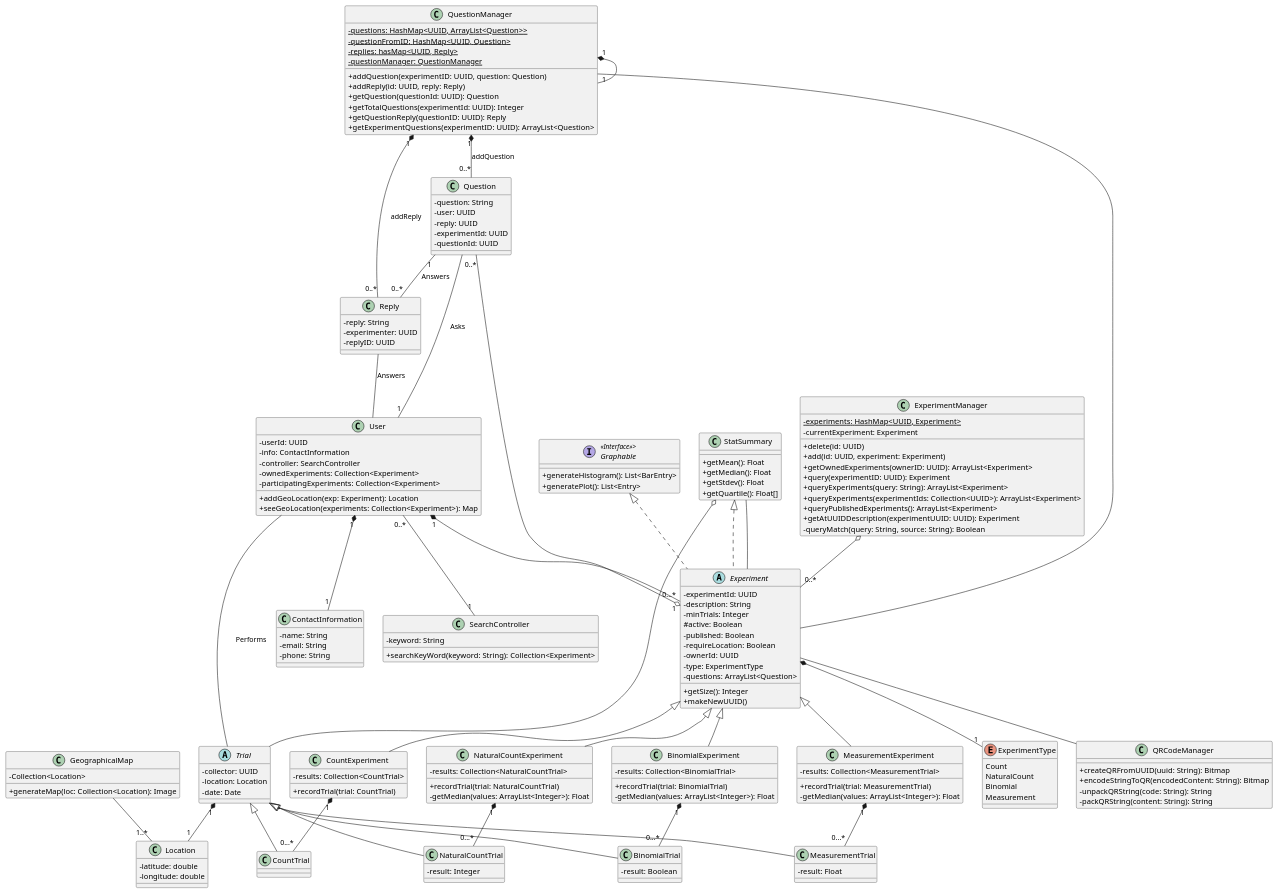
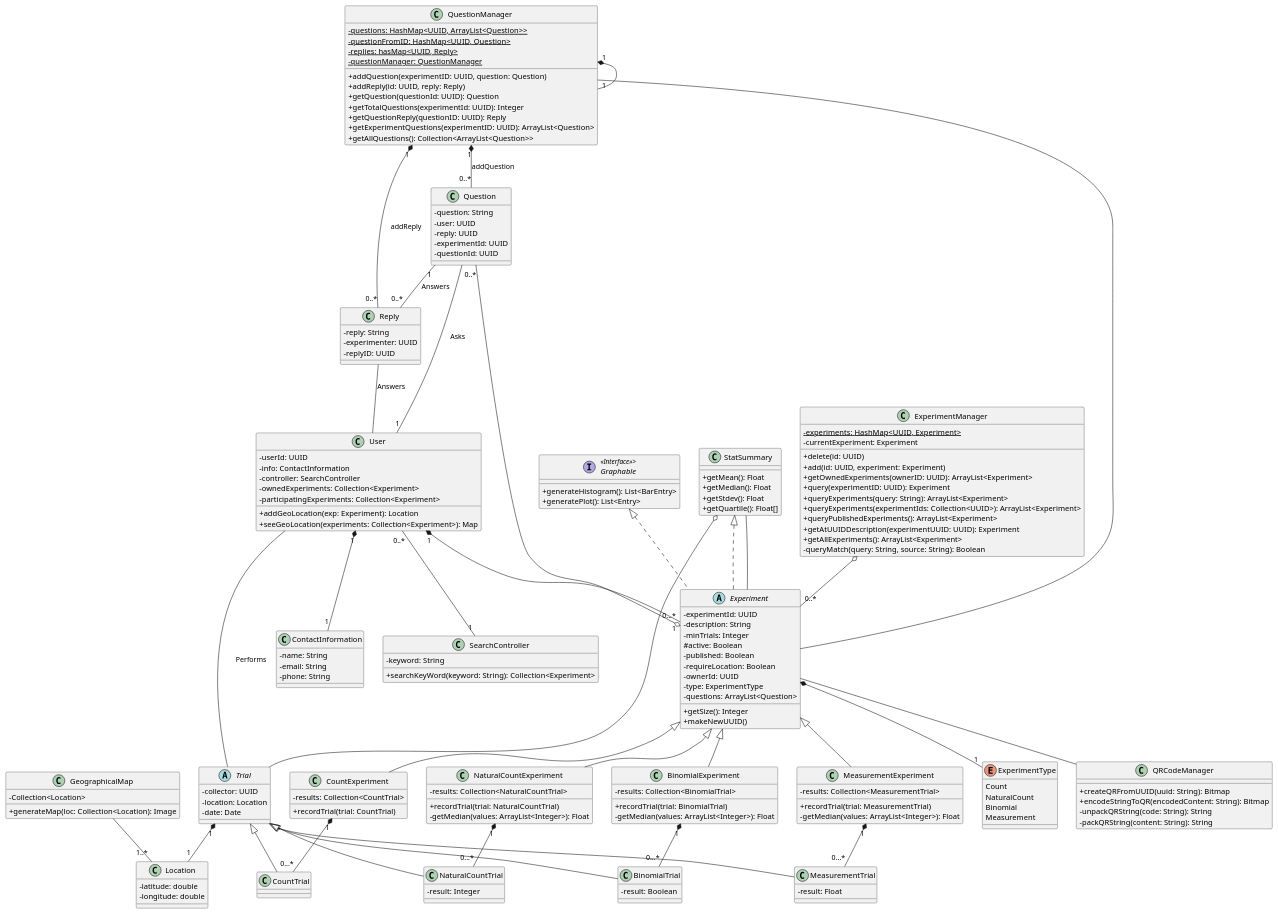
One commit to CMPUT301W21T03/Experiment-Automata changed the diagram in doc/uml/uml.puml. Above: the diagram before and after it, drawn with PlantUML.

Commit message:
added things to uml

```diff
--- a/doc/uml/uml.puml
+++ b/doc/uml/uml.puml
@@ -26,8 +26,9 @@
    + queryExperiments(query: String): ArrayList<Experiment> 
    + queryExperiments(experimentIds: Collection<UUID>): ArrayList<Experiment> 
    + queryPublishedExperiments(): ArrayList<Experiment>
-   + getAtUUIDDescription(experimentUUID: UUID): Experiment 
-   - queryMatch(query: String, source: String): Boolean 
+   + getAtUUIDDescription(experimentUUID: UUID): Experiment
+   + getAllExperiments(): ArrayList<Experiment> 
+   - queryMatch(query: String, source: String): Boolean
 }
 
 ExperimentManager o-- "0..*" Experiment 
@@ -65,7 +66,7 @@
     + getTotalQuestions(experimentId: UUID): Integer 
     + getQuestionReply(questionID: UUID): Reply 
     + getExperimentQuestions(experimentID: UUID): ArrayList<Question>
-    ' + getAllQuestions(): Collection<ArrayList<Question>>
+    + getAllQuestions(): Collection<ArrayList<Question>>
  
 }
 
```
